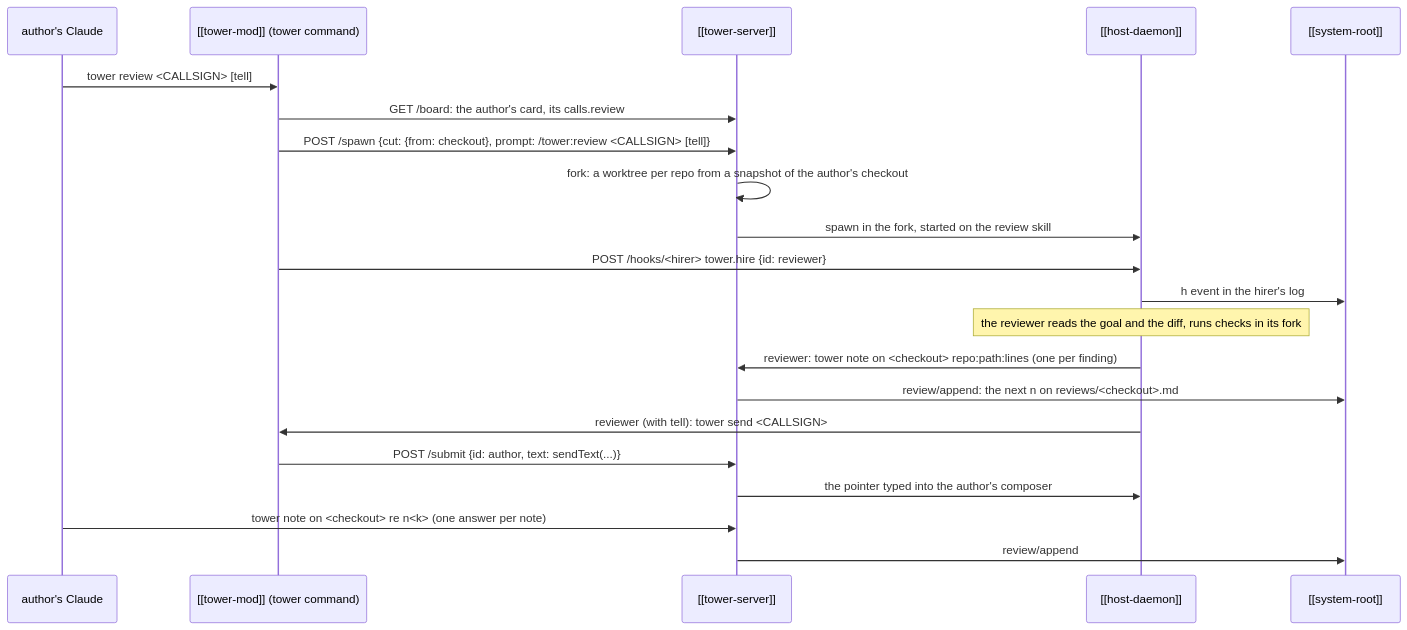
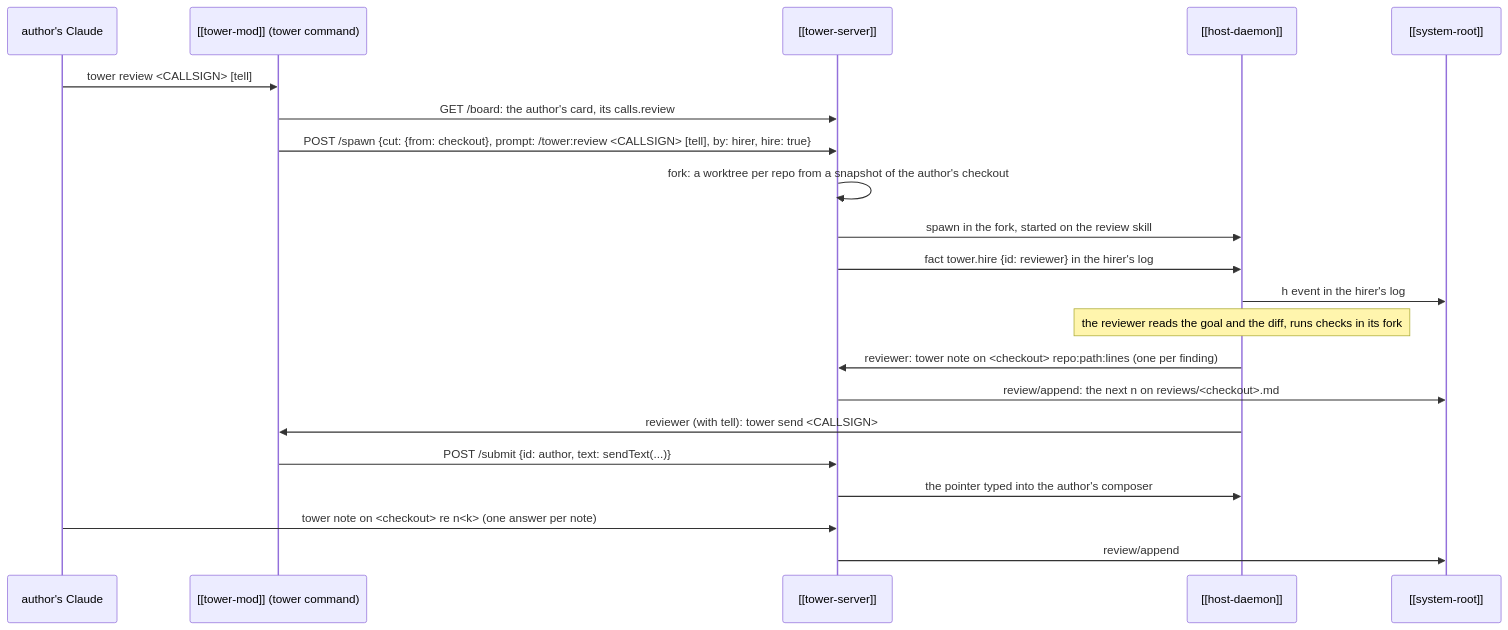
One commit to RegiByte/the-tower changed the diagram in kb/entities/flows/review-round.md. Above: the diagram before and after it, drawn with Mermaid. The commit also changed other lines of this file and 15 other files, not shown here.

First line of the commit message:
Hiring limits in the core: a spawn with hire is weighed, logged and counted by the tower, one hire of a hirer at a time

````diff
--- a/kb/entities/flows/review-round.md
+++ b/kb/entities/flows/review-round.md
@@ -12,23 +12,23 @@
 ```mermaid
 sequenceDiagram
   participant A as author's Claude
   participant M as [[tower-mod]] (tower command)
   participant T as [[tower-server]]
   participant H as [[host-daemon]]
   participant R as [[system-root]]
   A->>M: tower review <CALLSIGN> [tell]
   M->>T: GET /board: the author's card, its calls.review
-  M->>T: POST /spawn {cut: {from: checkout}, prompt: /tower:review <CALLSIGN> [tell]}
+  M->>T: POST /spawn {cut: {from: checkout}, prompt: /tower:review <CALLSIGN> [tell], by: hirer, hire: true}
   T->>T: fork: a worktree per repo from a snapshot of the author's checkout
   T->>H: spawn in the fork, started on the review skill
-  M->>H: POST /hooks/<hirer> tower.hire {id: reviewer}
+  T->>H: fact tower.hire {id: reviewer} in the hirer's log
   H->>R: h event in the hirer's log
   Note over H: the reviewer reads the goal and the diff, runs checks in its fork
   H->>T: reviewer: tower note on <checkout> repo:path:lines (one per finding)
   T->>R: review/append: the next n on reviews/<checkout>.md
   H->>M: reviewer (with tell): tower send <CALLSIGN>
   M->>T: POST /submit {id: author, text: sendText(...)}
   T->>H: the pointer typed into the author's composer
   A->>T: tower note on <checkout> re n<k> (one answer per note)
   T->>R: review/append
 ```
````
